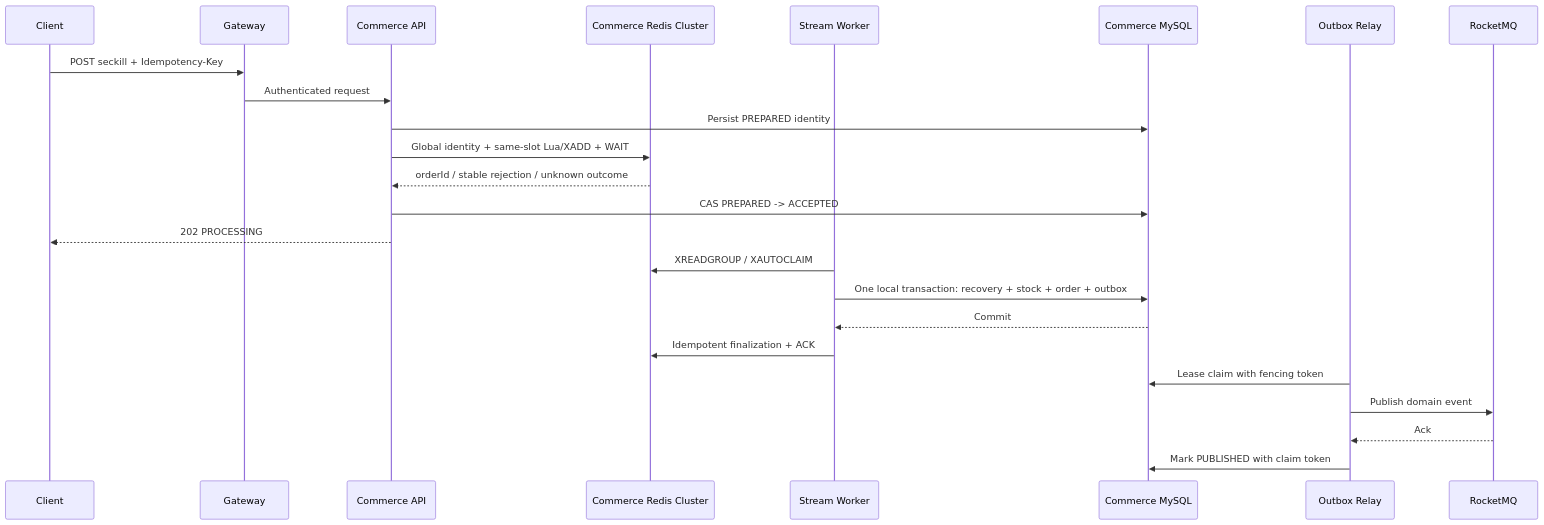
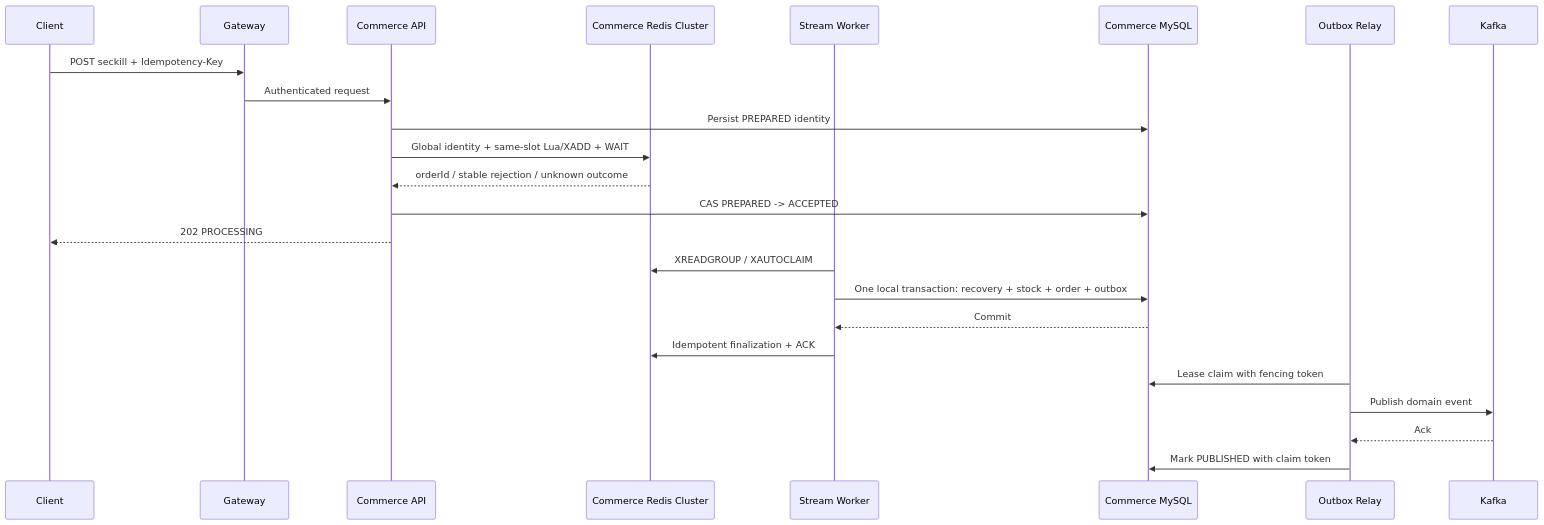
One commit to Tancaject/CityCopilot changed the second of 3 diagrams in docs/architecture/design-citycopilot-production-high-concurrency.md. Above: the diagram before and after it, drawn with Mermaid. The commit also changed other lines of this file and 114 other files, not shown here.

First line of the commit message:
feat: replace RocketMQ with Kafka and batch seckill order persistence

````diff
--- a/docs/architecture/design-citycopilot-production-high-concurrency.md
+++ b/docs/architecture/design-citycopilot-production-high-concurrency.md
@@ -209,27 +209,27 @@
 ```mermaid
 sequenceDiagram
     participant Client
     participant Gateway
     participant API as Commerce API
     participant Redis as Commerce Redis Cluster
     participant Worker as Stream Worker
     participant DB as Commerce MySQL
     participant Relay as Outbox Relay
-    participant MQ as RocketMQ
+    participant MQ as Kafka
 
     Client->>Gateway: POST seckill + Idempotency-Key
     Gateway->>API: Authenticated request
     API->>DB: Persist PREPARED identity
     API->>Redis: Global identity + same-slot Lua/XADD + WAIT
     Redis-->>API: orderId / stable rejection / unknown outcome
     API->>DB: CAS PREPARED -> ACCEPTED
     API-->>Client: 202 PROCESSING
     Worker->>Redis: XREADGROUP / XAUTOCLAIM
     Worker->>DB: One local transaction: recovery + stock + order + outbox
     DB-->>Worker: Commit
     Worker->>Redis: Idempotent finalization + ACK
     Relay->>DB: Lease claim with fencing token
     Relay->>MQ: Publish domain event
     MQ-->>Relay: Ack
     Relay->>DB: Mark PUBLISHED with claim token
 ```
````
